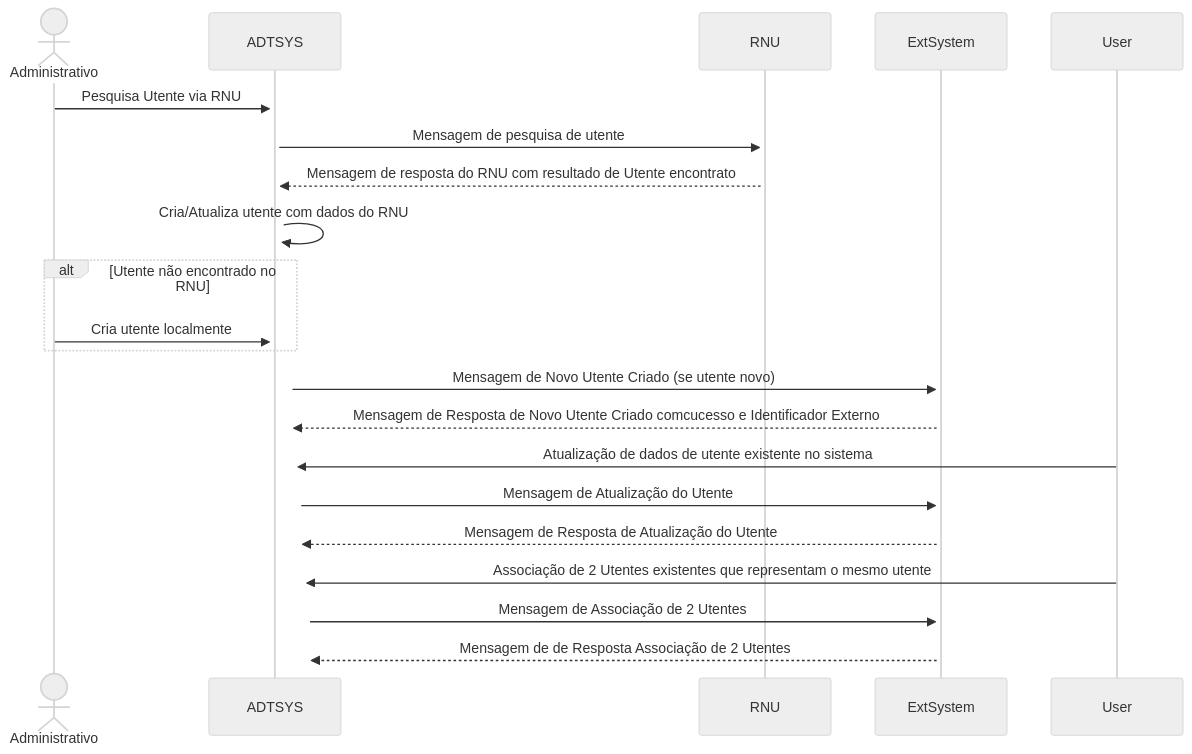
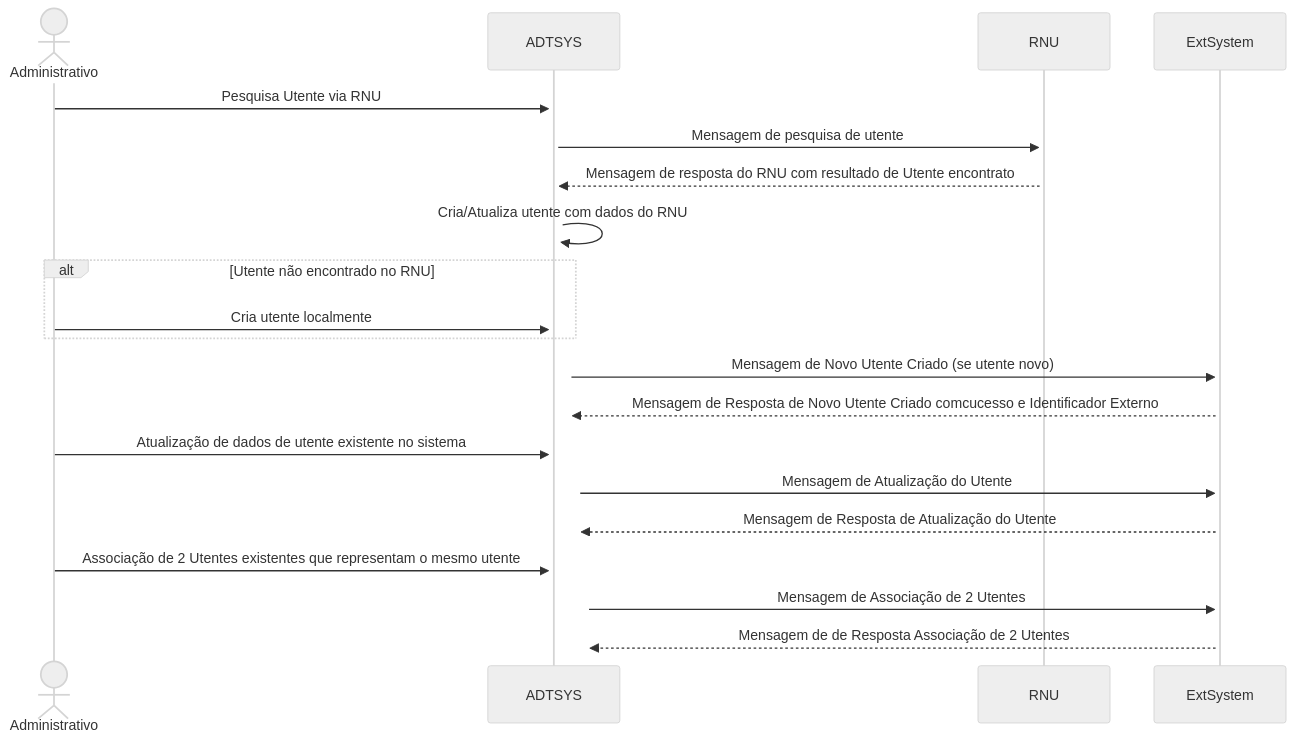
One commit to hl7-pt/patient-admin-ig changed the second of 3 diagrams in input/pagecontent/background.md. Above: the diagram before and after it, drawn with Mermaid (neutral theme). The commit also changed other lines of this file, not shown here.

Commit message:
IG Update

````diff
--- a/input/pagecontent/background.md
+++ b/input/pagecontent/background.md
@@ -38,20 +38,20 @@
 ```mermaid 
 sequenceDiagram
     actor Administrativo
   Administrativo->>+ADTSYS: Pesquisa Utente via RNU
     ADTSYS->>+RNU: Mensagem de pesquisa de utente
     RNU-->>+ADTSYS: Mensagem de resposta do RNU com resultado de Utente encontrato
     ADTSYS->>+ADTSYS: Cria/Atualiza utente com dados do RNU
     alt Utente não encontrado no RNU
       Administrativo->>+ADTSYS: Cria utente localmente
     end
     ADTSYS->>+ExtSystem: Mensagem de Novo Utente Criado (se utente novo)
     ExtSystem-->>+ADTSYS: Mensagem de Resposta de Novo Utente Criado comcucesso e Identificador Externo
-    User->>+ADTSYS: Atualização de dados de utente existente no sistema
+  Administrativo->>+ADTSYS: Atualização de dados de utente existente no sistema
     ADTSYS->>+ExtSystem: Mensagem de Atualização do Utente
     ExtSystem-->>+ADTSYS: Mensagem de Resposta de Atualização do Utente
-    User->>+ADTSYS: Associação de 2 Utentes existentes que representam o mesmo utente
+  Administrativo->>+ADTSYS: Associação de 2 Utentes existentes que representam o mesmo utente
     ADTSYS->>+ExtSystem: Mensagem de Associação de 2 Utentes
     ExtSystem-->>+ADTSYS: Mensagem de de Resposta Associação de 2 Utentes
 
 ```
````
